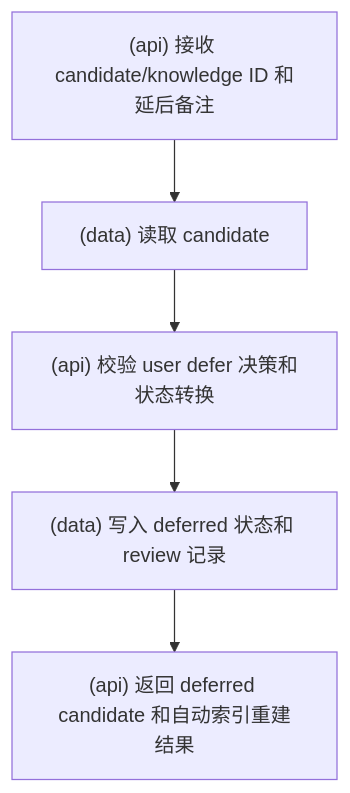
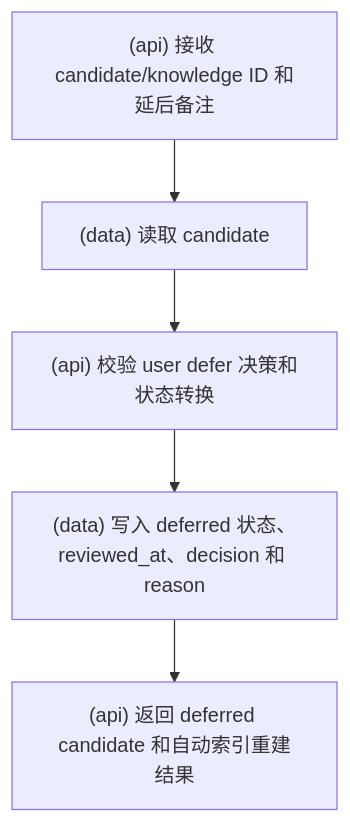
One commit to srangerme/KBManager changed the seventh of 19 diagrams in docs/流程图.md. Above: the diagram before and after it, drawn with Mermaid. The commit also changed other lines of this file and 27 other files, not shown here.

````diff
--- a/docs/流程图.md
+++ b/docs/流程图.md
@@ -85,7 +111,7 @@
 ```mermaid
 flowchart TD
   A["(api) 接收 candidate/knowledge ID 和延后备注"] --> B["(data) 读取 candidate"]
   B --> C["(api) 校验 user defer 决策和状态转换"]
-  C --> D["(data) 写入 deferred 状态和 review 记录"]
+  C --> D["(data) 写入 deferred 状态、reviewed_at、decision 和 reason"]
   D --> E["(api) 返回 deferred candidate 和自动索引重建结果"]
 ```
````
